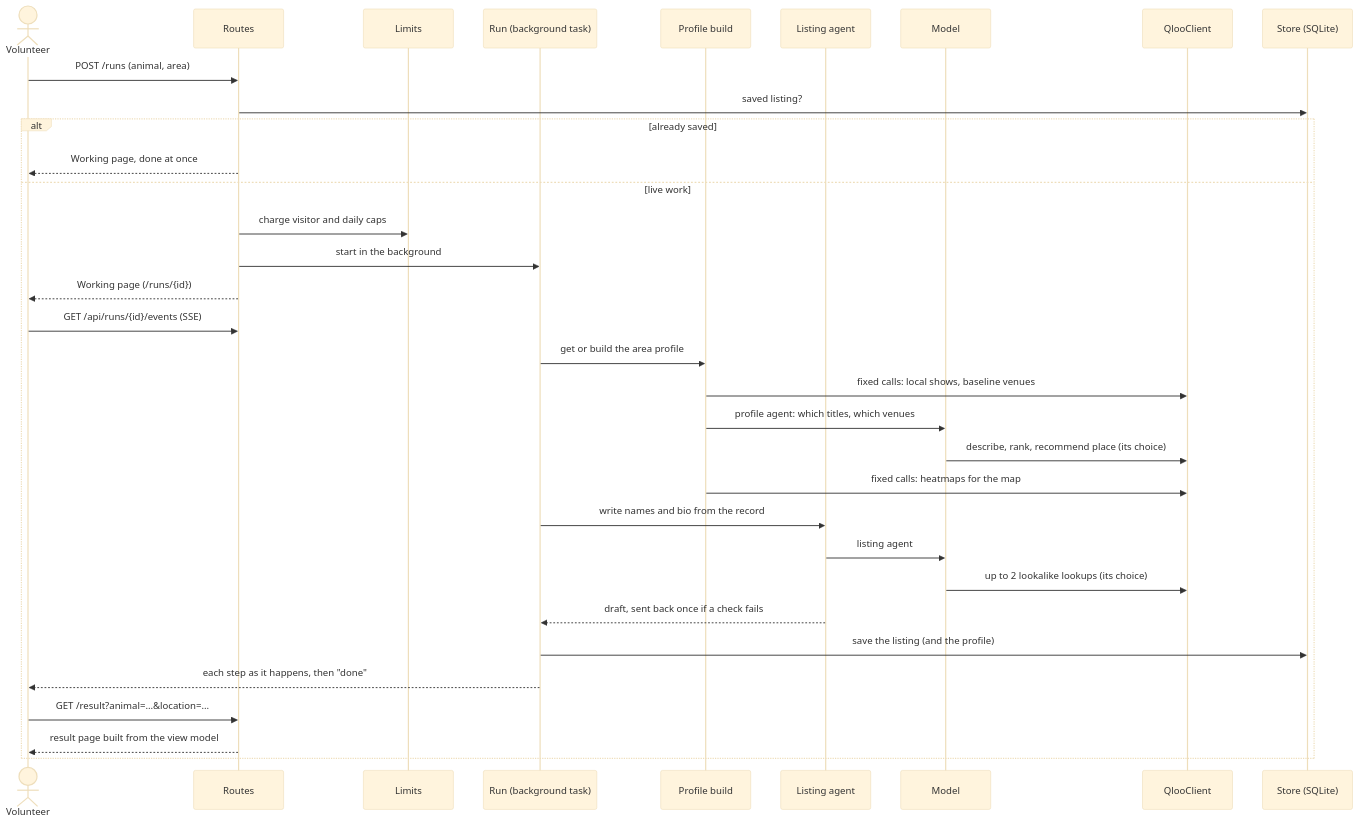
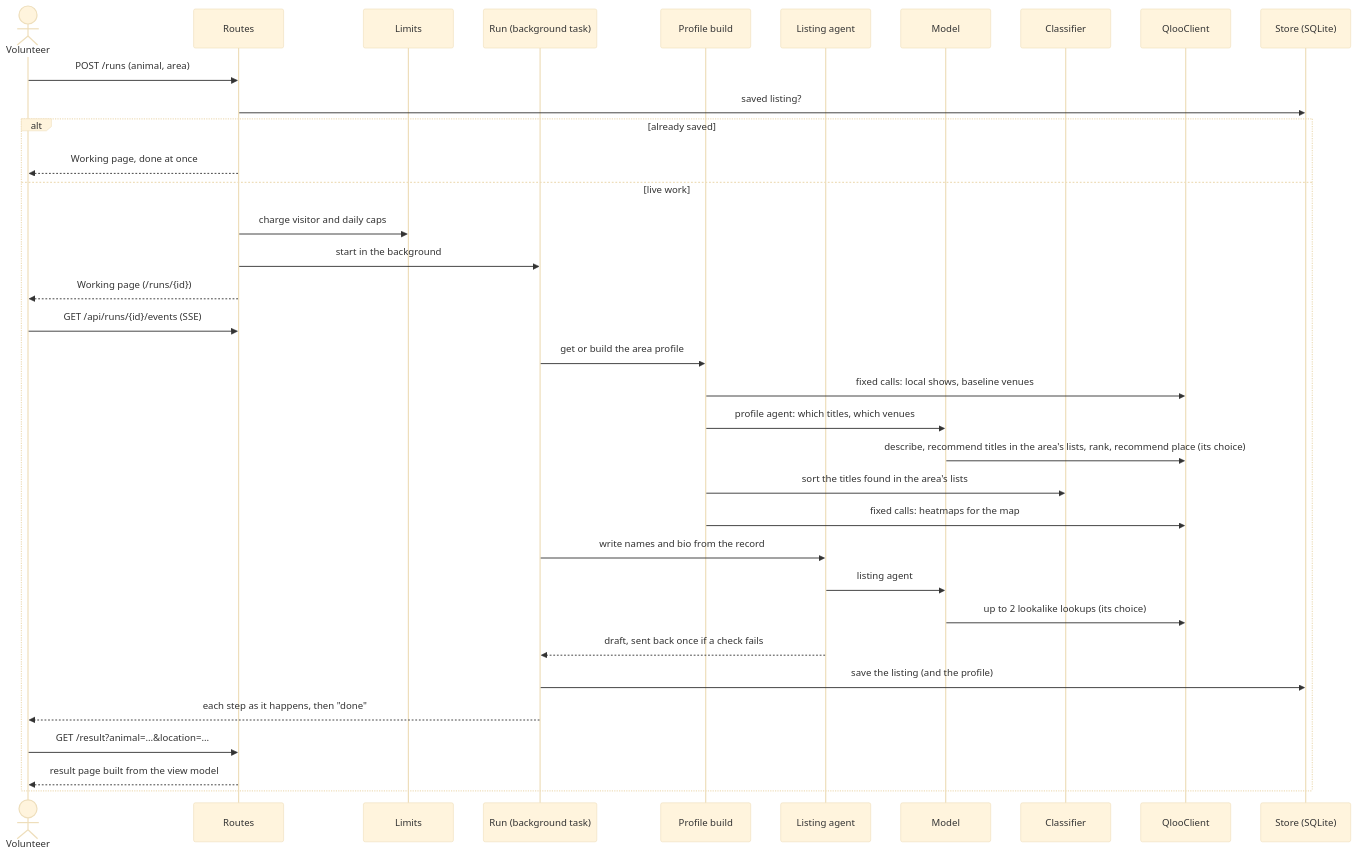
One commit to bsabau/namesake changed the second of 5 diagrams in docs/architecture.md. Above: the diagram before and after it, drawn with Mermaid (base theme). The commit also changed other lines of this file and 2 other files, not shown here.

First line of the commit message:
Architecture doc up to date with decisions 20 and 21; docs stay current, as a rule

````diff
--- a/docs/architecture.md
+++ b/docs/architecture.md
@@ -67,36 +73,38 @@
 ```mermaid
 sequenceDiagram
     actor V as Volunteer
     participant R as Routes
     participant L as Limits
     participant T as Run (background task)
     participant P as Profile build
     participant A as Listing agent
     participant M as Model
+    participant J as Classifier
     participant Q as QlooClient
     participant S as Store (SQLite)
 
     V->>R: POST /runs (animal, area)
     R->>S: saved listing?
     alt already saved
         R-->>V: Working page, done at once
     else live work
         R->>L: charge visitor and daily caps
         R->>T: start in the background
         R-->>V: Working page (/runs/{id})
         V->>R: GET /api/runs/{id}/events (SSE)
         T->>P: get or build the area profile
         P->>Q: fixed calls: local shows, baseline venues
         P->>M: profile agent: which titles, which venues
-        M->>Q: describe, rank, recommend place (its choice)
+        M->>Q: describe, recommend titles in the area's lists, rank, recommend place (its choice)
+        P->>J: sort the titles found in the area's lists
         P->>Q: fixed calls: heatmaps for the map
         T->>A: write names and bio from the record
         A->>M: listing agent
         M->>Q: up to 2 lookalike lookups (its choice)
         A-->>T: draft, sent back once if a check fails
         T->>S: save the listing (and the profile)
         T-->>V: each step as it happens, then "done"
         V->>R: GET /result?animal=…&location=…
         R-->>V: result page built from the view model
     end
 ```
````
